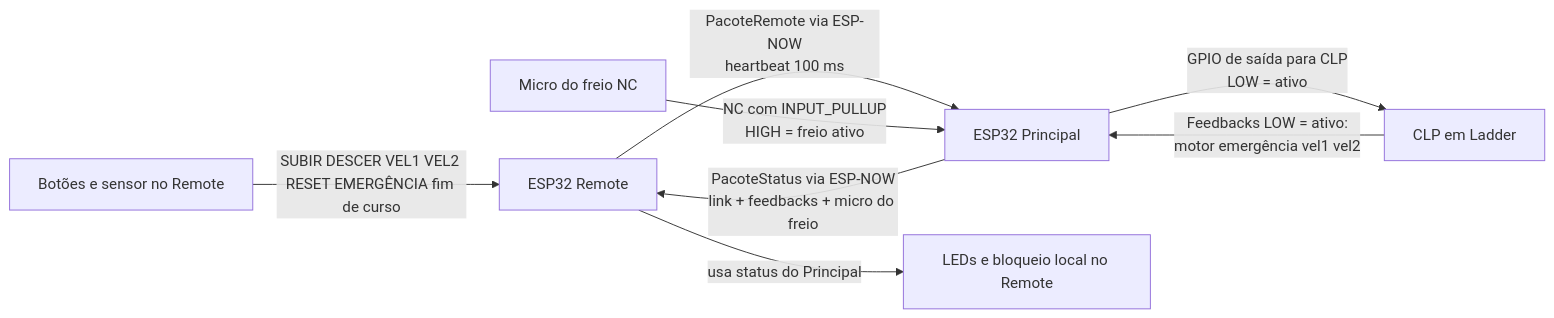
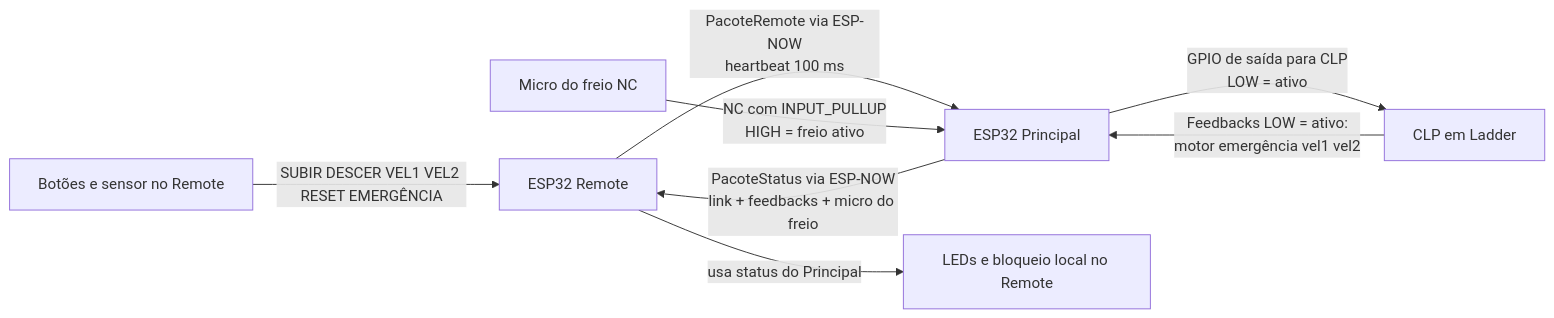
Before and after one commit to oondels/wireless_delivey_control: the diagram in README.md, drawn with Mermaid. The commit also changed other lines of this file and 16 other files, not shown here.

First line of the commit message:
chore(firmware): alinha bloqueios e fim de curso reservado

````diff
--- a/README.md
+++ b/README.md
@@ -65,17 +65,17 @@
 ```mermaid
 flowchart LR
     RBTN[Botões e sensor no Remote]
     REM[ESP32 Remote]
     PRI[ESP32 Principal]
     CLP[CLP em Ladder]
     MFR[Micro do freio NC]
     LEDS[LEDs e bloqueio local no Remote]
 
-    RBTN -->|SUBIR DESCER VEL1 VEL2 RESET EMERGÊNCIA fim de curso| REM
+    RBTN -->|SUBIR DESCER VEL1 VEL2 RESET EMERGÊNCIA| REM
     REM -->|PacoteRemote via ESP-NOW\nheartbeat 100 ms| PRI
     PRI -->|GPIO de saída para CLP\nLOW = ativo| CLP
     CLP -->|Feedbacks LOW = ativo:\nmotor emergência vel1 vel2| PRI
     MFR -->|NC com INPUT_PULLUP\nHIGH = freio ativo| PRI
     PRI -->|PacoteStatus via ESP-NOW\nlink + feedbacks + micro do freio| REM
     REM -->|usa status do Principal| LEDS
 ```
````
